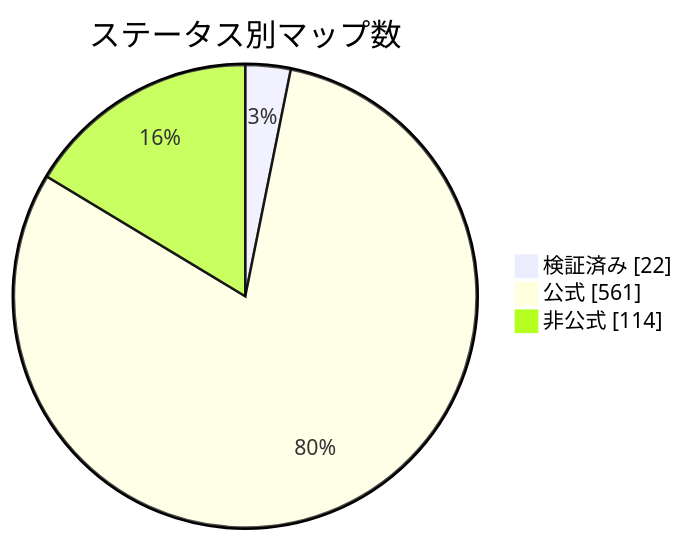
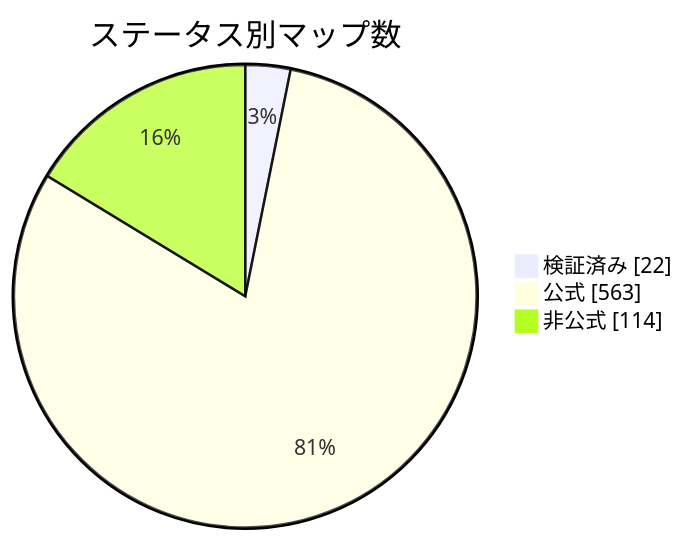
The diagram in docs/readme/README_JP.md (nobrega8/mbmap-library), drawn with Mermaid before and after one commit. The commit also changed 7 other files, not shown here.

````diff
--- a/docs/readme/README_JP.md
+++ b/docs/readme/README_JP.md
@@ -54,7 +54,7 @@
 ```mermaid
 pie showData
     title ステータス別マップ数
     "検証済み" : 22
-    "公式" : 561
+    "公式" : 563
     "非公式" : 114
 ```
````
